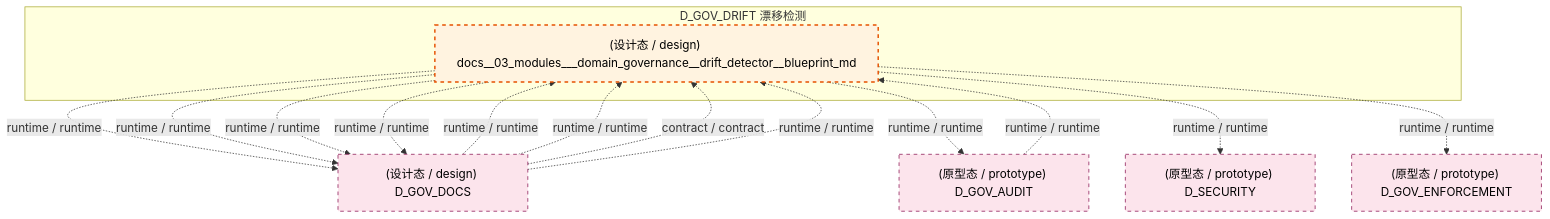
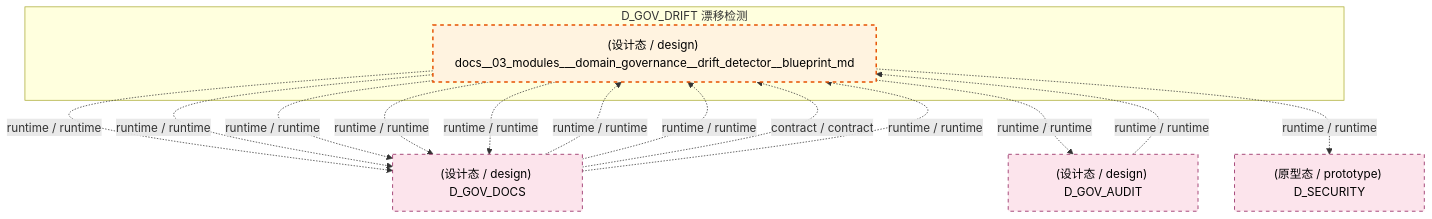
The fifth of 7 diagrams in docs/02_enterprise_architecture/02_domain_architecture_docs/41_d_gov_drift.md (xuanFelixVan/ZephyrAlpha), drawn with Mermaid before and after one commit. The commit also changed other lines of this file and 125 other files, not shown here.

````diff
--- a/docs/02_enterprise_architecture/02_domain_architecture_docs/41_d_gov_drift.md
+++ b/docs/02_enterprise_architecture/02_domain_architecture_docs/41_d_gov_drift.md
@@ -535,28 +533,27 @@
 ```mermaid
 graph TD
     subgraph D_GOV_DRIFT["D_GOV_DRIFT 漂移检测"]
         docs_03_modules_domain_governance_drift_detector_blueprint_md["(设计态 / design) docs__03_modules___domain_governance__drift_detector__blueprint_md"]
     end
     D_GOV_DOCS["(设计态 / design) D_GOV_DOCS"]
     docs_03_modules_domain_governance_drift_detector_blueprint_md -.->|runtime / runtime| D_GOV_DOCS
     docs_03_modules_domain_governance_drift_detector_blueprint_md -.->|runtime / runtime| D_GOV_DOCS
-    D_GOV_AUDIT["(原型态 / prototype) D_GOV_AUDIT"]
+    D_GOV_AUDIT["(设计态 / design) D_GOV_AUDIT"]
     docs_03_modules_domain_governance_drift_detector_blueprint_md -.->|runtime / runtime| D_GOV_AUDIT
     D_SECURITY["(原型态 / prototype) D_SECURITY"]
     docs_03_modules_domain_governance_drift_detector_blueprint_md -.->|runtime / runtime| D_SECURITY
-    D_GOV_ENFORCEMENT["(原型态 / prototype) D_GOV_ENFORCEMENT"]
-    docs_03_modules_domain_governance_drift_detector_blueprint_md -.->|runtime / runtime| D_GOV_ENFORCEMENT
+    docs_03_modules_domain_governance_drift_detector_blueprint_md -.->|runtime / runtime| D_GOV_DOCS
     docs_03_modules_domain_governance_drift_detector_blueprint_md -.->|runtime / runtime| D_GOV_DOCS
     docs_03_modules_domain_governance_drift_detector_blueprint_md -.->|runtime / runtime| D_GOV_DOCS
     D_GOV_AUDIT -.->|runtime / runtime| docs_03_modules_domain_governance_drift_detector_blueprint_md
     D_GOV_DOCS -.->|runtime / runtime| docs_03_modules_domain_governance_drift_detector_blueprint_md
     D_GOV_DOCS -.->|runtime / runtime| docs_03_modules_domain_governance_drift_detector_blueprint_md
     D_GOV_DOCS -.->|contract / contract| docs_03_modules_domain_governance_drift_detector_blueprint_md
     D_GOV_DOCS -.->|runtime / runtime| docs_03_modules_domain_governance_drift_detector_blueprint_md
     classDef production fill:#e1f5fe,stroke:#01579b,stroke-width:2px,color:#000
     classDef design fill:#fff3e0,stroke:#e65100,stroke-width:2px,color:#000,stroke-dasharray: 5 5
     classDef external_prod fill:#e8f5e9,stroke:#1b5e20,stroke-width:1px,color:#000
     classDef external_design fill:#fce4ec,stroke:#880e4f,stroke-width:1px,color:#000,stroke-dasharray: 5 5
     class docs_03_modules_domain_governance_drift_detector_blueprint_md design
-    class D_GOV_DOCS,D_GOV_AUDIT,D_SECURITY,D_GOV_ENFORCEMENT external_design
+    class D_GOV_DOCS,D_GOV_AUDIT,D_SECURITY external_design
 ```
````
